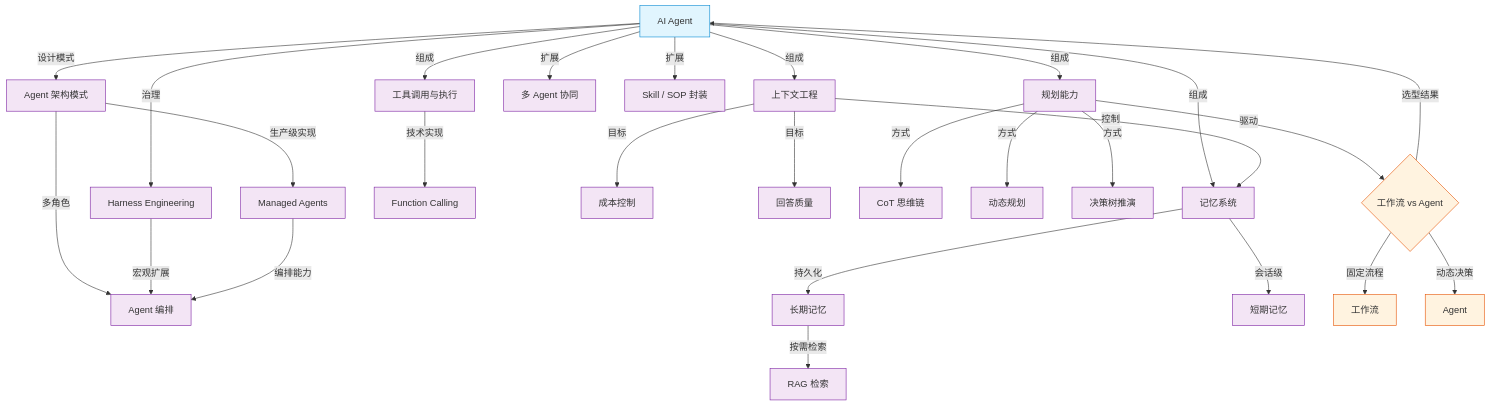
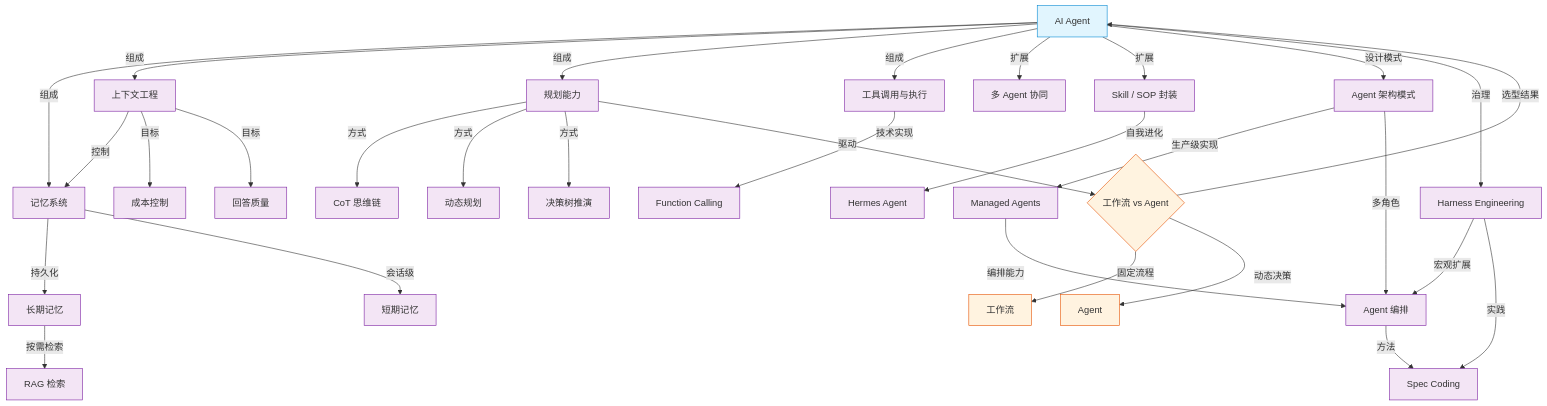
One commit to sangaizhi/obsidian-wiki changed the first of 2 diagrams in wiki/overview/知识图谱.md. Above: the diagram before and after it, drawn with Mermaid. The commit also changed other lines of this file and 17 other files, not shown here.

````diff
--- a/wiki/overview/知识图谱.md
+++ b/wiki/overview/知识图谱.md
@@ -16,53 +16,58 @@
 ```mermaid
 graph TB
     classDef core fill:#e1f5fe,stroke:#0288d1
     classDef concept fill:#f3e5f5,stroke:#7b1fa2
     classDef decision fill:#fff3e0,stroke:#e65100
     classDef source fill:#e8f5e9,stroke:#2e7d32
     classDef gap fill:#ffebee,stroke:#c62828,stroke-dasharray: 5 5
 
     Agent["AI Agent"]:::core
     Memory["记忆系统"]:::concept
     Context["上下文工程"]:::concept
     Planning["规划能力"]:::concept
     Tools["工具调用与执行"]:::concept
     MultiAgent["多 Agent 协同"]:::concept
     Skill["Skill / SOP 封装"]:::concept
     Arch["Agent 架构模式"]:::concept
     Managed["Managed Agents"]:::concept
     Harness["Harness Engineering"]:::concept
     FC["Function Calling"]:::concept
     Orch["Agent 编排"]:::concept
+    SpecCoding["Spec Coding"]:::concept
+    Hermes["Hermes Agent"]:::concept
 
     Agent -->|组成| Memory
     Agent -->|组成| Context
     Agent -->|组成| Planning
     Agent -->|组成| Tools
     Agent -->|扩展| MultiAgent
     Agent -->|扩展| Skill
     Agent -->|设计模式| Arch
     Agent -->|治理| Harness
     Arch -->|生产级实现| Managed
     Arch -->|多角色| Orch
     Tools -->|技术实现| FC
     Harness -->|宏观扩展| Orch
     Managed -->|编排能力| Orch
+    Harness -->|实践| SpecCoding
+    Skill -->|自我进化| Hermes
+    Orch -->|方法| SpecCoding
 
     Memory -->|持久化| LongTerm["长期记忆"]:::concept
     Memory -->|会话级| ShortTerm["短期记忆"]:::concept
     LongTerm -->|按需检索| RAG["RAG 检索"]:::concept
 
     Context -->|控制| Memory
     Context -->|目标| CostControl["成本控制"]:::concept
     Context -->|目标| Quality["回答质量"]:::concept
 
     Planning -->|方式| CoT["CoT 思维链"]:::concept
     Planning -->|方式| DynamicPlan["动态规划"]:::concept
     Planning -->|方式| DecisionTree["决策树推演"]:::concept
 
     Decision{"工作流 vs Agent"}:::decision
     Decision -->|固定流程| Workflow["工作流"]:::decision
     Decision -->|动态决策| AgentDecision["Agent"]:::decision
     Planning -->|驱动| Decision
     Decision -->|选型结果| Agent
 ```
````
